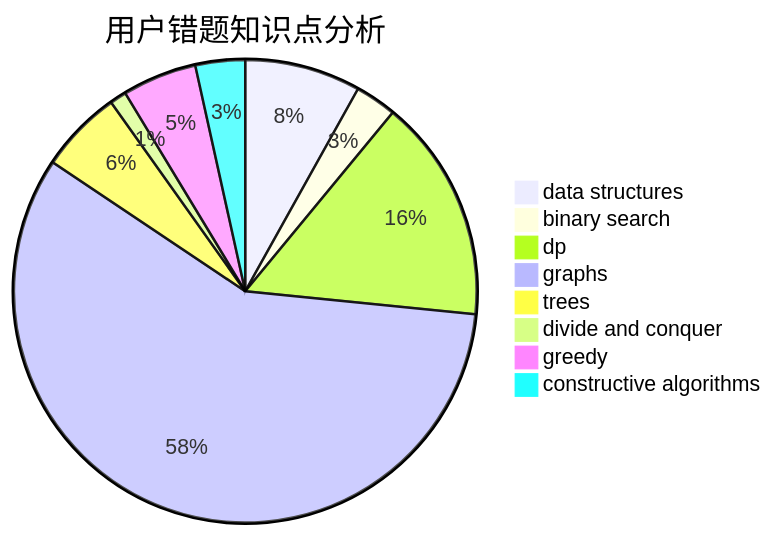
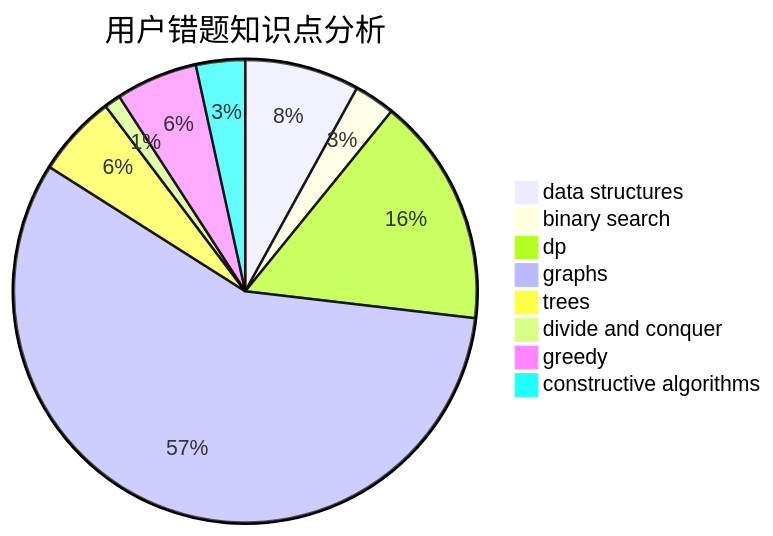
Before and after one commit to sherpahu/cfrs.github.io: the third of 3 diagrams in docs/user/u1034.md, drawn with Mermaid. The commit also changed other lines of this file and 2770 other files, not shown here.

````diff
--- a/docs/user/u1034.md
+++ b/docs/user/u1034.md
@@ -36,11 +36,11 @@
 ```mermaid
 pie title 用户错题知识点分析
     "data structures" :  14
     "binary search" :  5
-    "dp" :  27
+    "dp" :  28
     "graphs" :  100
     "trees" :  10
     "divide and conquer" :  2
-    "greedy" :  9
+    "greedy" :  10
     "constructive algorithms" :  6
 ```
````
